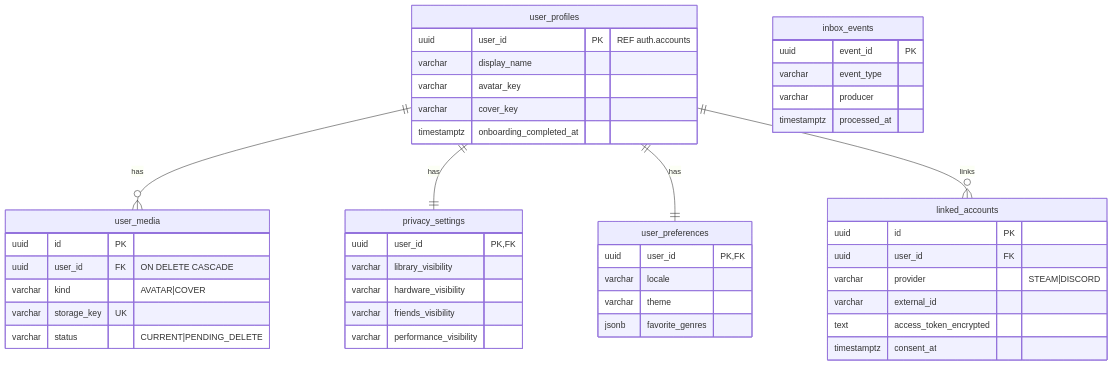
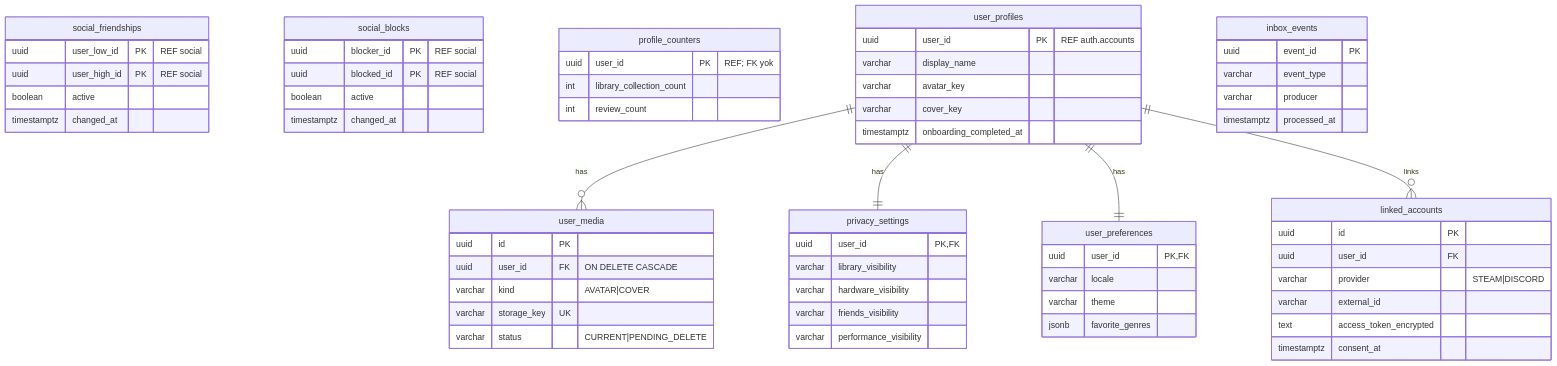
One commit to alperrte/lobbytwozero changed the third of 29 diagrams in docs/er-diagram.md. Above: the diagram before and after it, drawn with Mermaid. The commit also changed other lines of this file and 62 other files, not shown here.

````diff
--- a/docs/er-diagram.md
+++ b/docs/er-diagram.md
@@ -177,49 +177,66 @@
 ```mermaid
 erDiagram
+  social_friendships {
+    uuid user_low_id PK "REF social"
+    uuid user_high_id PK "REF social"
+    boolean active
+    timestamptz changed_at
+  }
+  social_blocks {
+    uuid blocker_id PK "REF social"
+    uuid blocked_id PK "REF social"
+    boolean active
+    timestamptz changed_at
+  }
+  profile_counters {
+    uuid user_id PK "REF; FK yok"
+    int library_collection_count
+    int review_count
+  }
   user_profiles ||--o{ user_media : has
   user_media {
     uuid id PK
     uuid user_id FK "ON DELETE CASCADE"
     varchar kind "AVATAR|COVER"
     varchar storage_key UK
     varchar status "CURRENT|PENDING_DELETE"
   }
   inbox_events {
     uuid event_id PK
     varchar event_type
     varchar producer
     timestamptz processed_at
   }
   user_profiles ||--|| privacy_settings : has
   user_profiles ||--|| user_preferences : has
   user_profiles ||--o{ linked_accounts : links
 
   user_profiles {
     uuid user_id PK "REF auth.accounts"
     varchar display_name
     varchar avatar_key
     varchar cover_key
     timestamptz onboarding_completed_at
   }
   privacy_settings {
     uuid user_id PK,FK
     varchar library_visibility
     varchar hardware_visibility
     varchar friends_visibility
     varchar performance_visibility
   }
   user_preferences {
     uuid user_id PK,FK
     varchar locale
     varchar theme
     jsonb favorite_genres
   }
   linked_accounts {
     uuid id PK
     uuid user_id FK
     varchar provider "STEAM|DISCORD"
     varchar external_id
     text access_token_encrypted
     timestamptz consent_at
   }
 ```
````
